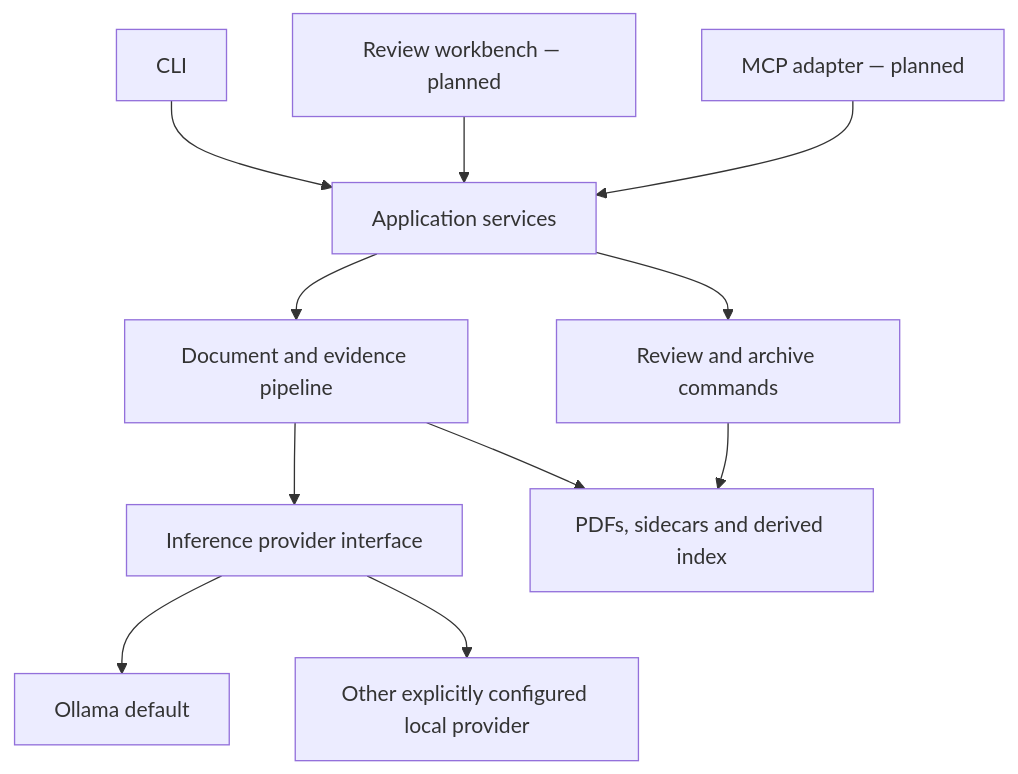
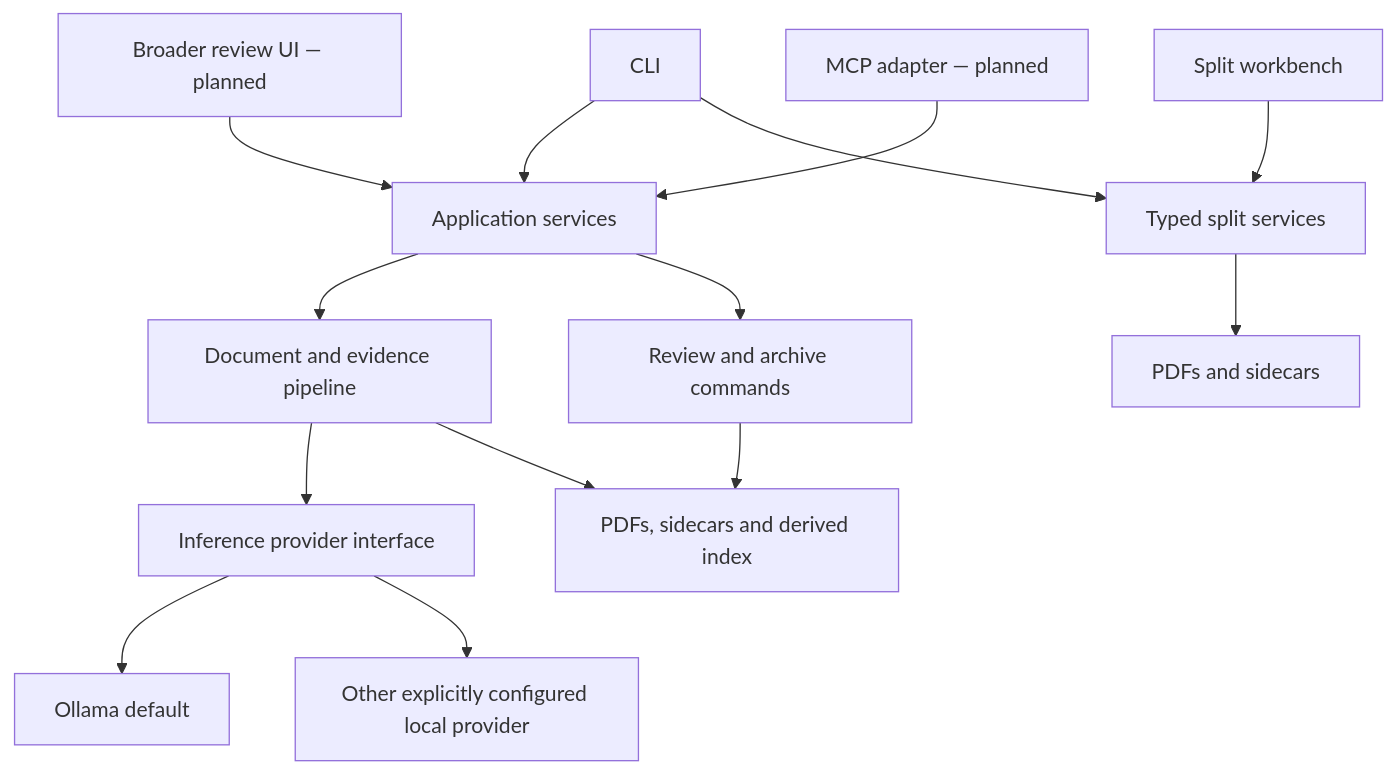
One commit to cgars/aktenfux changed the fourth of 4 diagrams in docs/architecture.md. Above: the diagram before and after it, drawn with Mermaid. The commit also changed other lines of this file and 14 other files, not shown here.

Commit message:
Finalize secure split workbench

````diff
--- a/docs/architecture.md
+++ b/docs/architecture.md
@@ -230,13 +242,16 @@
 ```mermaid
 flowchart TD
     CLI["CLI"] --> APP["Application services"]
-    UI["Review workbench — planned"] --> APP
+    UI["Split workbench"] --> SPLIT["Typed split services"]
+    REVIEW["Broader review UI — planned"] --> APP
     MCP["MCP adapter — planned"] --> APP
+    CLI --> SPLIT
     APP --> DOC["Document and evidence pipeline"]
     APP --> COMMANDS["Review and archive commands"]
+    SPLIT --> STORE["PDFs and sidecars"]
     DOC --> INF["Inference provider interface"]
     INF --> OLLAMA["Ollama default"]
     INF --> LOCAL["Other explicitly configured local provider"]
-    DOC --> STORE["PDFs, sidecars and derived index"]
-    COMMANDS --> STORE
+    DOC --> DATA["PDFs, sidecars and derived index"]
+    COMMANDS --> DATA
 ```
````
